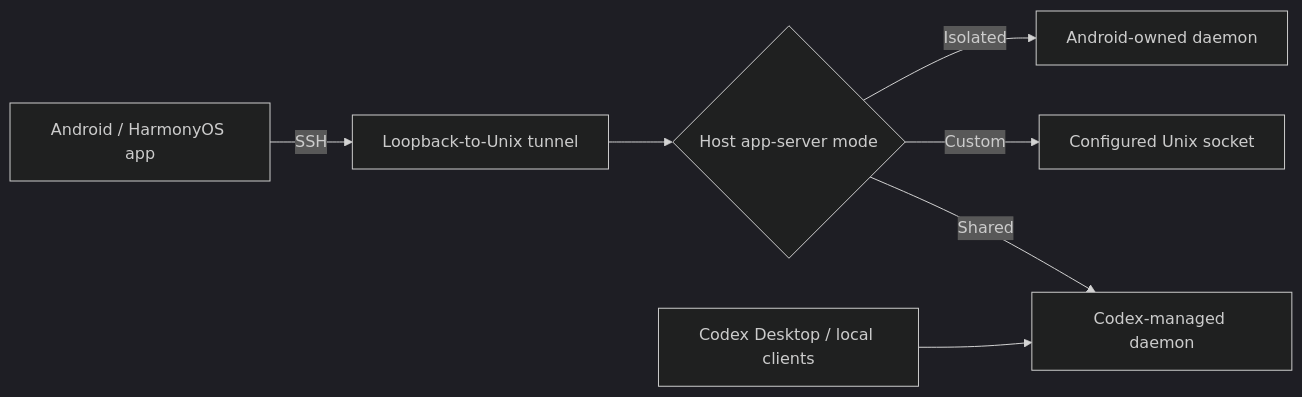
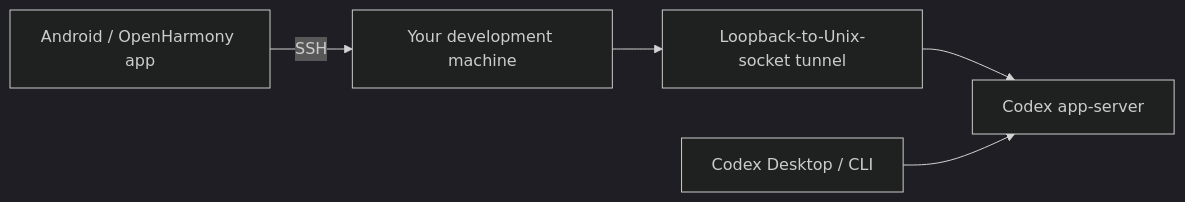
The diagram in README.md (Misoryan/Android-SSH-Codex), drawn with Mermaid (dark theme) before and after one commit. The commit also changed other lines of this file, not shown here.

````diff
--- a/README.md
+++ b/README.md
@@ -25,9 +38,7 @@
 ```mermaid
 flowchart LR
-  A["Android / HarmonyOS app"] -->|"SSH"| T["Loopback-to-Unix tunnel"]
-  T --> H{"Host app-server mode"}
-  H -->|"Shared"| D["Codex-managed daemon"]
-  H -->|"Custom"| C["Configured Unix socket"]
-  H -->|"Isolated"| I["Android-owned daemon"]
-  X["Codex Desktop / local clients"] --> D
+  M["Android / OpenHarmony app"] -->|"SSH"| S["Your development machine"]
+  S --> T["Loopback-to-Unix-socket tunnel"]
+  T --> A["Codex app-server"]
+  D["Codex Desktop / CLI"] --> A
 ```
````
